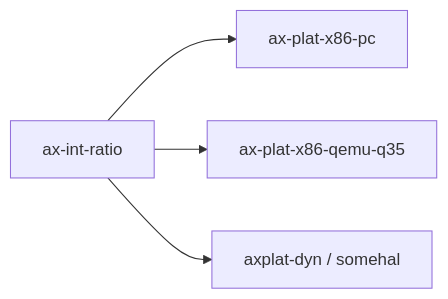
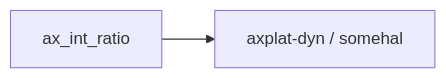
One commit to rcore-os/tgoskits changed the diagram in docs/docs/components/crates/ax-int-ratio.md. Above: the diagram before and after it, drawn with Mermaid. The commit also changed other lines of this file and 93 other files, not shown here.

````diff
--- a/docs/docs/components/crates/ax-int-ratio.md
+++ b/docs/docs/components/crates/ax-int-ratio.md
@@ -64,6 +63,4 @@
 ```mermaid
 graph LR
-    ax_int_ratio["ax-int-ratio"] --> x86pc["ax-plat-x86-pc"]
-    ax_int_ratio --> x86q35["ax-plat-x86-qemu-q35"]
     ax_int_ratio --> dyn["axplat-dyn / somehal"]
 ```
````
